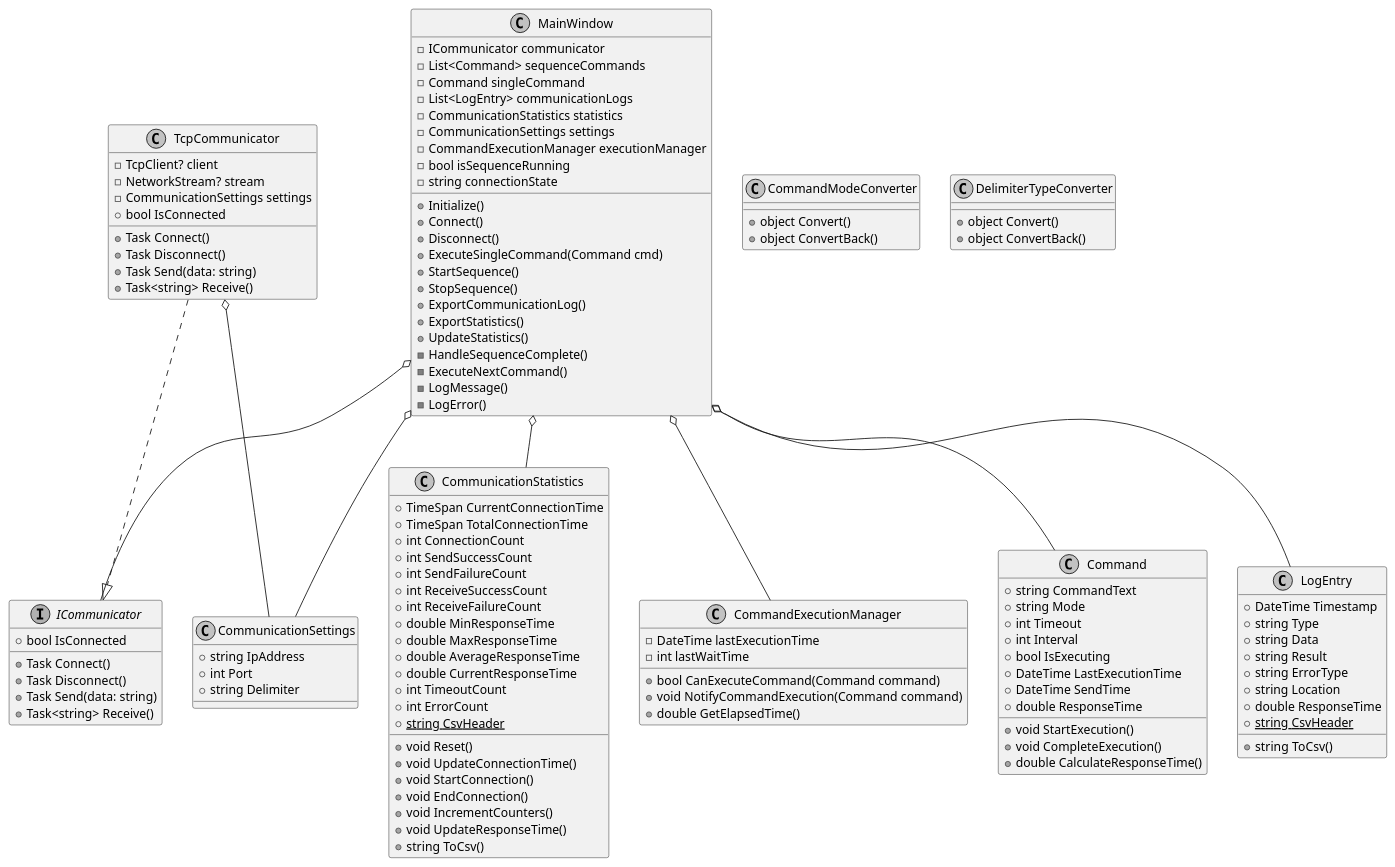
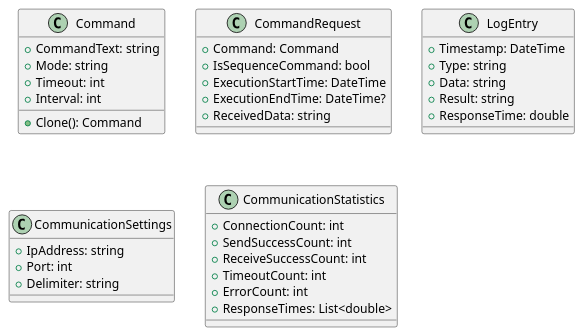
One commit to piyopiyo5/250426_CommandTest changed the third of 4 diagrams in CommandTest/docs/chapters/system_design.adoc. Above: the diagram before and after it, drawn with PlantUML. The commit also changed other lines of this file and 6 other files, not shown here.

```diff
--- a/CommandTest/docs/chapters/system_design.adoc
+++ b/CommandTest/docs/chapters/system_design.adoc
@@ -5,135 +90,41 @@
 [plantuml]
 ....
-@startuml
-skinparam monochrome true
-skinparam defaultFontName MS Gothic
-
-class MainWindow {
-    -ICommunicator communicator
-    -List<Command> sequenceCommands
-    -Command singleCommand
-    -List<LogEntry> communicationLogs
-    -CommunicationStatistics statistics
-    -CommunicationSettings settings
-    -CommandExecutionManager executionManager
-    -bool isSequenceRunning
-    -string connectionState
-    +Initialize()
-    +Connect()
-    +Disconnect()
-    +ExecuteSingleCommand(Command cmd)
-    +StartSequence()
-    +StopSequence()
-    +ExportCommunicationLog()
-    +ExportStatistics()
-    +UpdateStatistics()
-    -HandleSequenceComplete()
-    -ExecuteNextCommand()
-    -LogMessage()
-    -LogError()
+class Command {
+    +CommandText: string
+    +Mode: string
+    +Timeout: int
+    +Interval: int
+    +Clone(): Command
 }
 
-class Command {
-    +string CommandText
-    +string Mode
-    +int Timeout
-    +int Interval
-    +bool IsExecuting
-    +DateTime LastExecutionTime
-    +DateTime SendTime
-    +double ResponseTime
-    +void StartExecution()
-    +void CompleteExecution()
-    +double CalculateResponseTime()
-}
-
-interface ICommunicator {
-    +bool IsConnected
-    +Task Connect()
-    +Task Disconnect()
-    +Task Send(data: string)
-    +Task<string> Receive()
-}
-
-class TcpCommunicator {
-    -TcpClient? client
-    -NetworkStream? stream
-    -CommunicationSettings settings
-    +bool IsConnected
-    +Task Connect()
-    +Task Disconnect()
-    +Task Send(data: string)
-    +Task<string> Receive()
+class CommandRequest {
+    +Command: Command
+    +IsSequenceCommand: bool
+    +ExecutionStartTime: DateTime
+    +ExecutionEndTime: DateTime?
+    +ReceivedData: string
 }
 
 class LogEntry {
-    +DateTime Timestamp
-    +string Type
-    +string Data
-    +string Result
-    +string ErrorType
-    +string Location
-    +double ResponseTime
-    +string ToCsv()
-    +{static} string CsvHeader
+    +Timestamp: DateTime
+    +Type: string
+    +Data: string
+    +Result: string
+    +ResponseTime: double
 }
 
 class CommunicationSettings {
-    +string IpAddress
-    +int Port
-    +string Delimiter
+    +IpAddress: string
+    +Port: int
+    +Delimiter: string
 }
 
 class CommunicationStatistics {
-    +TimeSpan CurrentConnectionTime
-    +TimeSpan TotalConnectionTime
-    +int ConnectionCount
-    +int SendSuccessCount
-    +int SendFailureCount
-    +int ReceiveSuccessCount
-    +int ReceiveFailureCount
-    +double MinResponseTime
-    +double MaxResponseTime
-    +double AverageResponseTime
-    +double CurrentResponseTime
-    +int TimeoutCount
-    +int ErrorCount
-    +void Reset()
-    +void UpdateConnectionTime()
-    +void StartConnection()
-    +void EndConnection()
-    +void IncrementCounters()
-    +void UpdateResponseTime()
-    +string ToCsv()
-    +{static} string CsvHeader
+    +ConnectionCount: int
+    +SendSuccessCount: int
+    +ReceiveSuccessCount: int
+    +TimeoutCount: int
+    +ErrorCount: int
+    +ResponseTimes: List<double>
 }
-
-class CommandModeConverter {
-    +object Convert()
-    +object ConvertBack()
-}
-
-class DelimiterTypeConverter {
-    +object Convert()
-    +object ConvertBack()
-}
-
-class CommandExecutionManager {
-    -DateTime lastExecutionTime
-    -int lastWaitTime
-    +bool CanExecuteCommand(Command command)
-    +void NotifyCommandExecution(Command command)
-    +double GetElapsedTime()
-}
-
-MainWindow o-- ICommunicator
-MainWindow o-- Command
-MainWindow o-- CommunicationSettings
-MainWindow o-- CommunicationStatistics
-MainWindow o-- LogEntry
-MainWindow o-- CommandExecutionManager
-TcpCommunicator ..|> ICommunicator
-TcpCommunicator o-- CommunicationSettings
-
-@enduml
 ....
```
